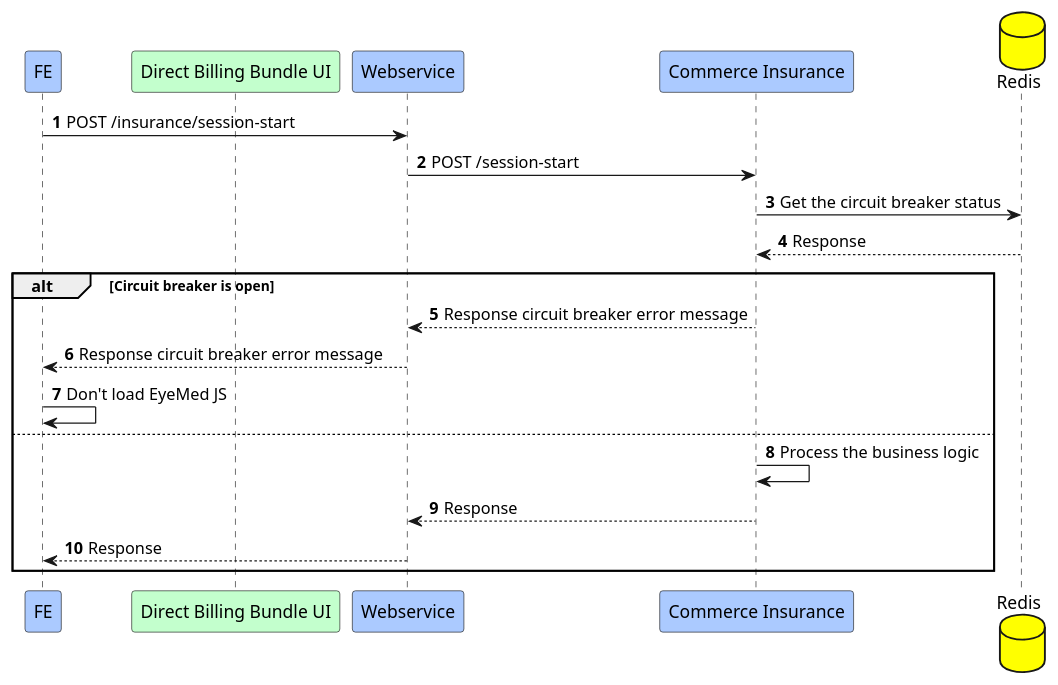
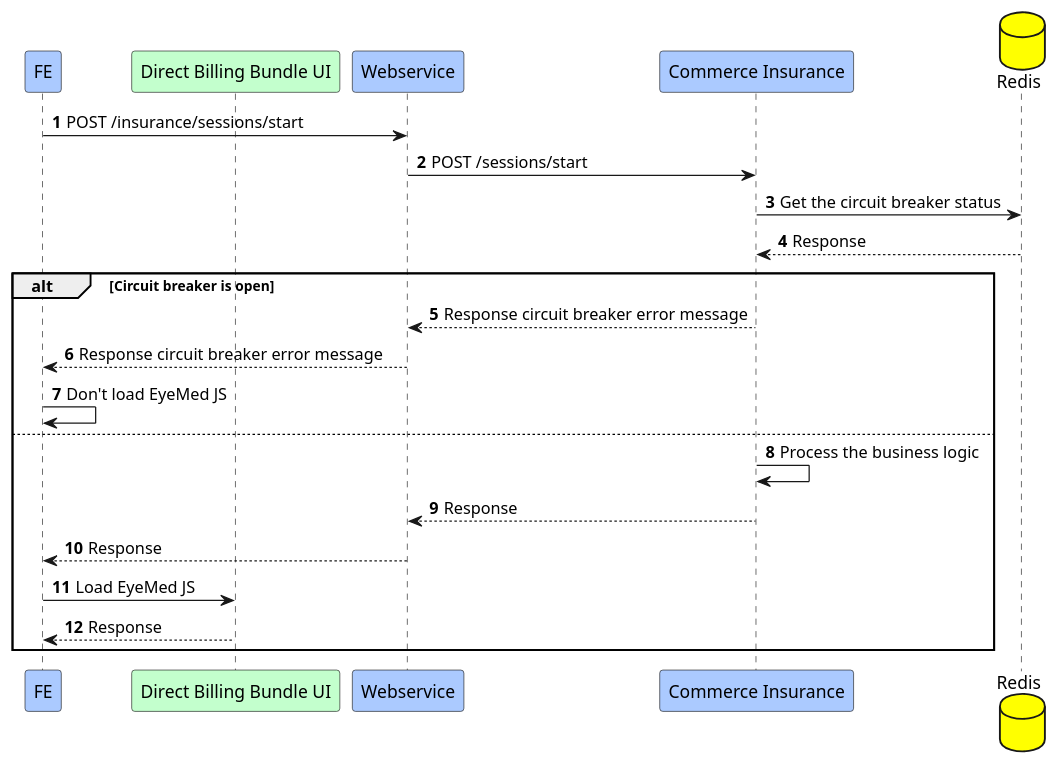
Before and after one commit to Jayounger/EyeMed-Sequence-Diagram: the diagram in Circuit breaker session start.puml, drawn with PlantUML. The commit also changed 75 other files, not shown here.

```diff
--- a/Circuit breaker session start.puml
+++ b/Circuit breaker session start.puml
@@ -1,25 +1,27 @@
 @startuml
 
 participant FE #abcaff
 participant "Direct Billing Bundle UI" #c3ffcd
 participant "Webservice" #abcaff
 participant "Commerce Insurance" #abcaff
 database "Redis" #yellow
 
 autonumber
-FE -> "Webservice":POST /insurance/session-start
-"Webservice" -> "Commerce Insurance":POST /session-start
+FE -> "Webservice":POST /insurance/sessions/start
+"Webservice" -> "Commerce Insurance":POST /sessions/start
 "Commerce Insurance" -> "Redis":Get the circuit breaker status
 "Redis" --> "Commerce Insurance":Response
 alt Circuit breaker is open
     "Commerce Insurance" --> "Webservice":Response circuit breaker error message
     Webservice --> FE:Response circuit breaker error message
     FE -> FE:Don't load EyeMed JS
 else
      "Commerce Insurance" -> "Commerce Insurance":Process the business logic
      "Commerce Insurance" --> "Webservice":Response
      Webservice --> FE:Response
+     FE -> "Direct Billing Bundle UI":Load EyeMed JS
+     "Direct Billing Bundle UI" --> FE:Response
 end
 
 
 @enduml
```
